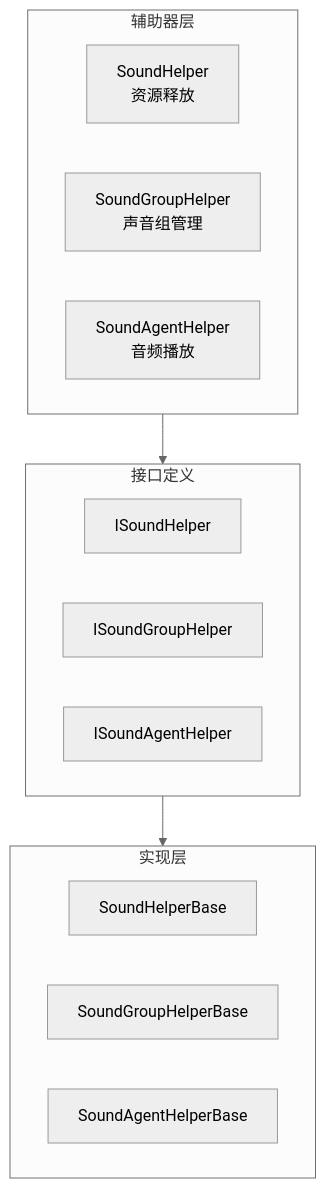
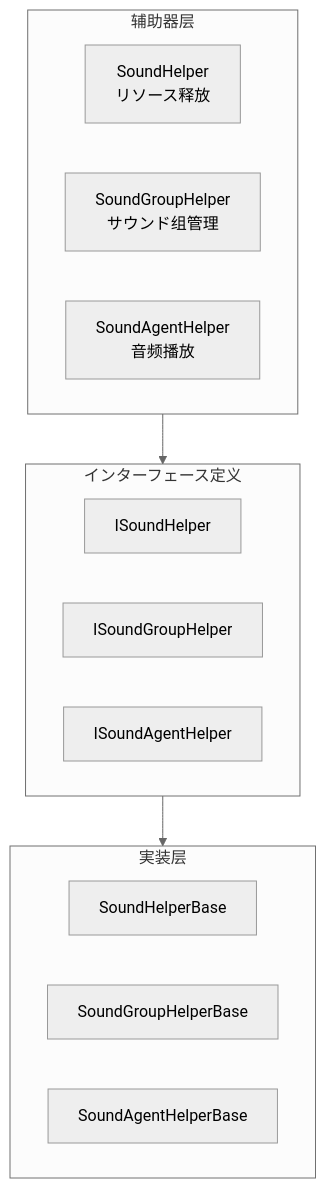
Before and after one commit to AlianBlank/GameFrameX.Docs: the diagram in docs/ja/client/unity/component/sound/11.extending.md, drawn with Mermaid (neutral theme). The commit also changed other lines of this file and 603 other files, not shown here.

````diff
--- a/docs/ja/client/unity/component/sound/11.extending.md
+++ b/docs/ja/client/unity/component/sound/11.extending.md
@@ -18,22 +18,22 @@
 ```mermaid
 flowchart TD
     subgraph Helper["辅助器层"]
-        SH[SoundHelper<br/>资源释放]
-        SGH[SoundGroupHelper<br/>声音组管理]
+        SH[SoundHelper<br/>リソース释放]
+        SGH[SoundGroupHelper<br/>サウンド组管理]
         SAH[SoundAgentHelper<br/>音频播放]
     end
     
-    subgraph Interface["接口定义"]
+    subgraph Interface["インターフェース定义"]
         ISH[ISoundHelper]
         ISGH[ISoundGroupHelper]
         ISAHI[ISoundAgentHelper]
     end
     
-    subgraph Implementation["实现层"]
+    subgraph Implementation["実装层"]
         SHB[SoundHelperBase]
         SGHB[SoundGroupHelperBase]
         SAHB[SoundAgentHelperBase]
     end
     
     Helper --> Interface --> Implementation
 ```
````
